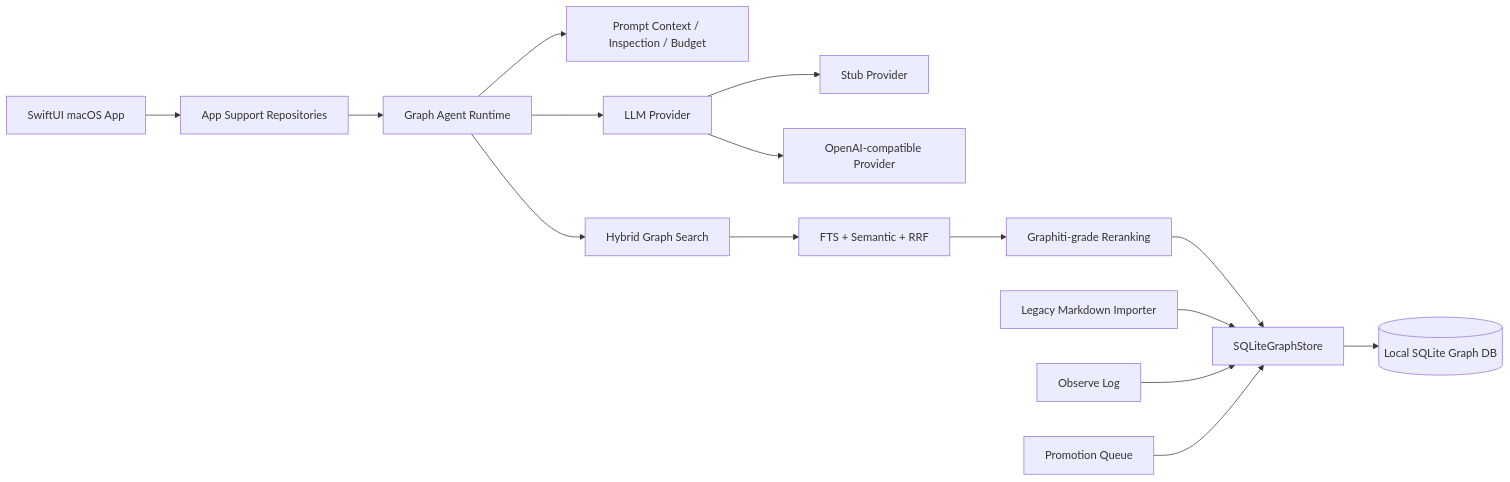
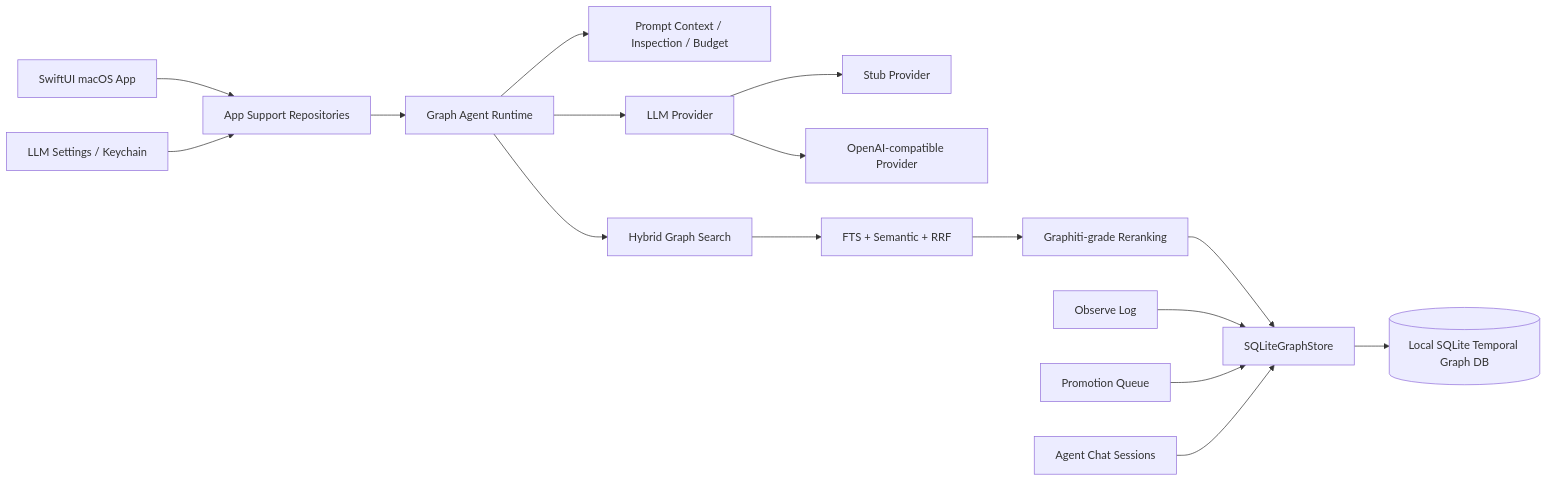
One commit to duanshiwen/connor-graph-agent-mac changed the first of 3 diagrams in README.md. Above: the diagram before and after it, drawn with Mermaid. The commit also changed other lines of this file, not shown here.

First line of the commit message:
Update README for temporal graph-only architecture

````diff
--- a/README.md
+++ b/README.md
@@ -109,19 +166,20 @@
 ```mermaid
 graph LR
     UI[SwiftUI macOS App] --> AppSupport[App Support Repositories]
     AppSupport --> Agent[Graph Agent Runtime]
     Agent --> Prompt[Prompt Context / Inspection / Budget]
     Agent --> LLM[LLM Provider]
     LLM --> Stub[Stub Provider]
     LLM --> OpenAI[OpenAI-compatible Provider]
 
     Agent --> Search[Hybrid Graph Search]
     Search --> RRF[FTS + Semantic + RRF]
     RRF --> Rerank[Graphiti-grade Reranking]
     Rerank --> Store[SQLiteGraphStore]
 
-    Import[Legacy Markdown Importer] --> Store
     Observe[Observe Log] --> Store
     Promotion[Promotion Queue] --> Store
-    Store --> SQLite[(Local SQLite Graph DB)]
+    Chat[Agent Chat Sessions] --> Store
+    Settings[LLM Settings / Keychain] --> AppSupport
+    Store --> SQLite[(Local SQLite Temporal Graph DB)]
 ```
````
